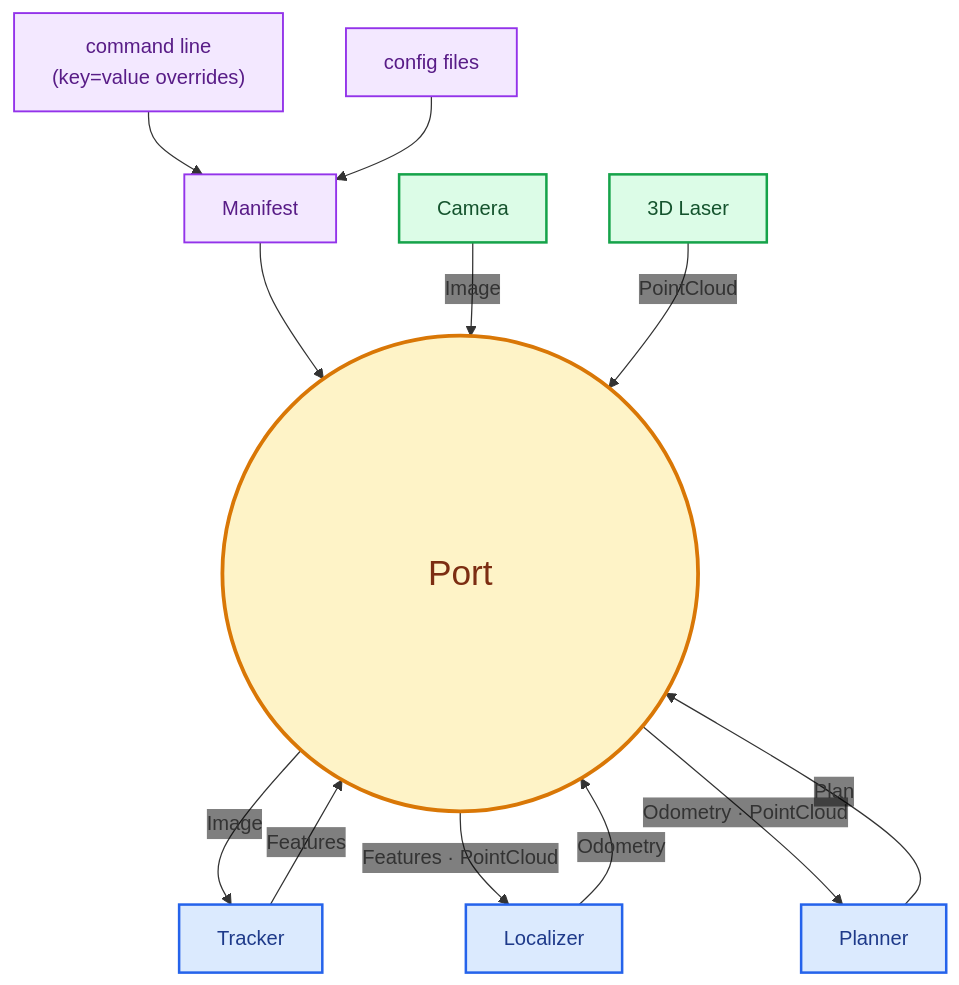
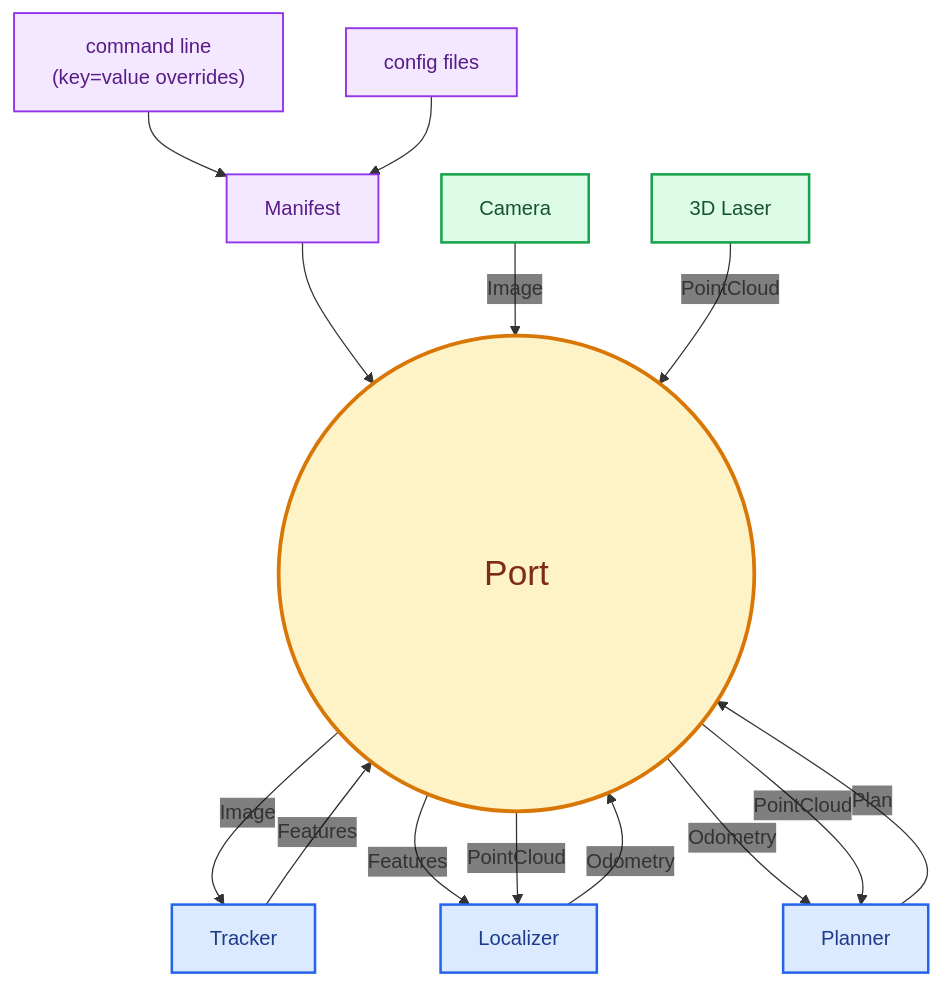
The first of 2 diagrams in README.md (ajakhotia/nioc), drawn with Mermaid before and after one commit.

Commit message:
docs(readme): improve readme

````diff
--- a/README.md
+++ b/README.md
@@ -203,39 +203,41 @@
 ```mermaid
 %%{init: {"themeVariables": {"edgeLabelBackground": "transparent"}}}%%
 flowchart TB
   classDef input     fill:#f3e8ff,stroke:#9333ea,stroke-width:1.5px,color:#581c87;
   classDef driver    fill:#dcfce7,stroke:#16a34a,stroke-width:2px,color:#14532d;
   classDef component fill:#dbeafe,stroke:#2563eb,stroke-width:2px,color:#1e3a8a;
   classDef port      fill:#fef3c7,stroke:#d97706,stroke-width:3px,color:#7c2d12,font-size:28px;
   classDef anchor    fill:transparent,stroke:transparent,color:transparent;
 
   CLI["command line<br/>(key=value overrides)"]:::input
   FILES["config files"]:::input
   MANIFEST["Manifest"]:::input
 
   CAM["Camera"]:::driver
   LASER["3D Laser"]:::driver
 
   PORT(("&nbsp;<br/>&nbsp;<br/>&nbsp;&nbsp;&nbsp;&nbsp;&nbsp;&nbsp;&nbsp;&nbsp;&nbsp;&nbsp;&nbsp;&nbsp;&nbsp;&nbsp;&nbsp;&nbsp;&nbsp;&nbsp;&nbsp;&nbsp;Port&nbsp;&nbsp;&nbsp;&nbsp;&nbsp;&nbsp;&nbsp;&nbsp;&nbsp;&nbsp;&nbsp;&nbsp;&nbsp;&nbsp;&nbsp;&nbsp;&nbsp;&nbsp;&nbsp;&nbsp;<br/>&nbsp;<br/>&nbsp;")):::port
 
   a1(( )):::anchor
 
   TRK["Tracker"]:::component
   LOC["Localizer"]:::component
   PLN["Planner"]:::component
 
   CLI --> MANIFEST
   FILES --> MANIFEST
   MANIFEST --> PORT
 
   CAM -- "Image" --> PORT
   LASER -- "PointCloud" --> PORT
 
   PORT ~~~ a1
   PORT -- "Image" --> TRK
   TRK -- "Features" --> PORT
-  PORT -- "Features · PointCloud" --> LOC
+  PORT -- "Features" --> LOC
+  PORT -- "PointCloud" --> LOC
   LOC -- "Odometry" --> PORT
-  PORT -- "Odometry · PointCloud" --> PLN
+  PORT -- "Odometry" --> PLN
+  PORT -- "PointCloud" --> PLN
   PLN -- "Plan" --> PORT
 ```
````
